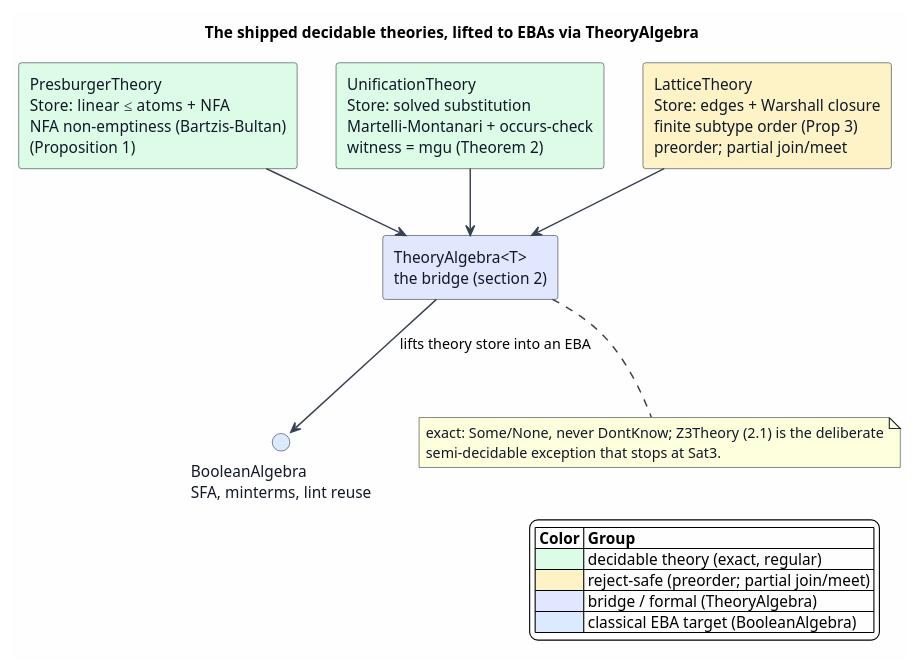
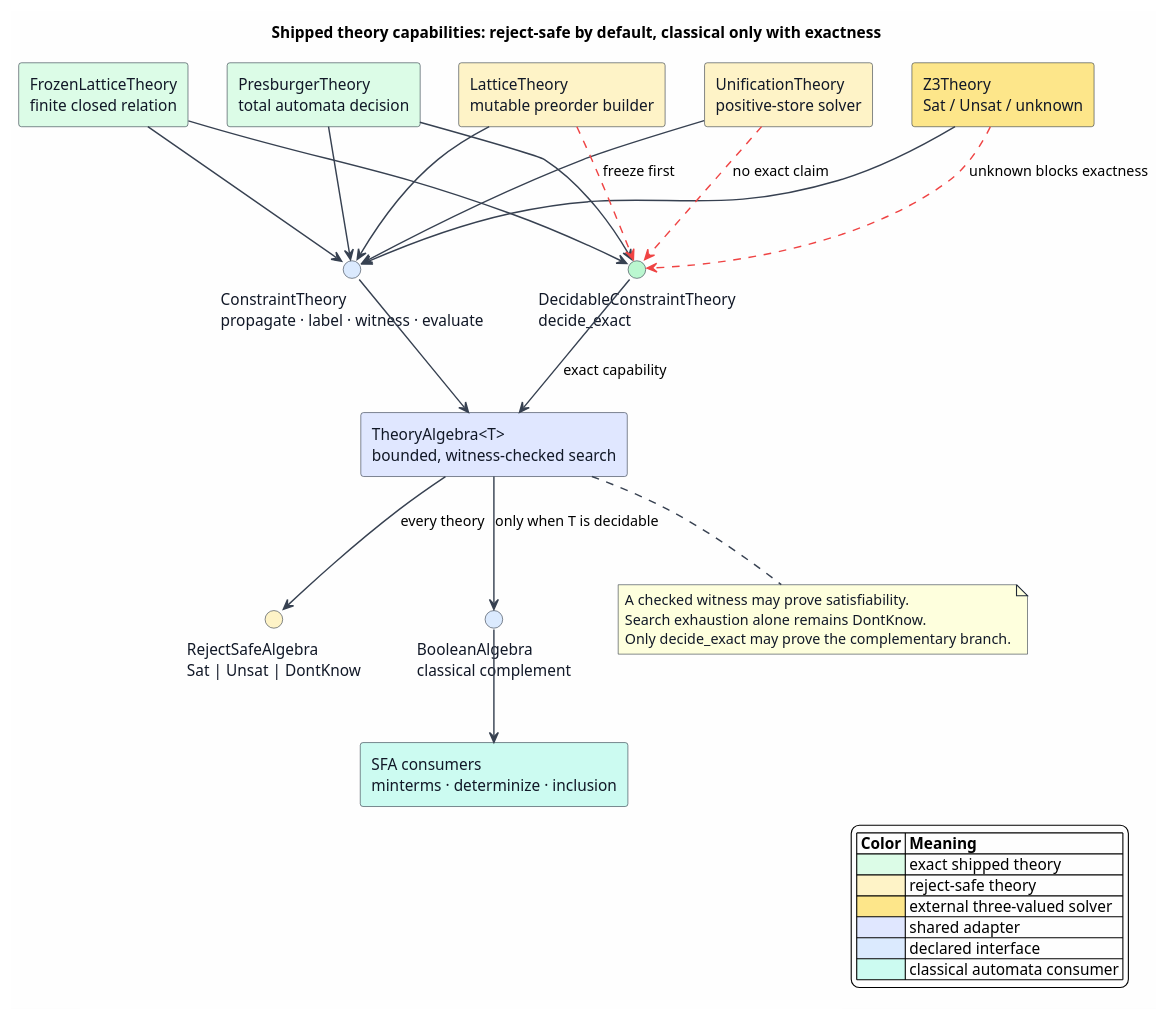
The diagram in docs/architecture/semantic-predicates/figures/13-theory-catalog.puml (F1R3FLY-io/mettail-rust), drawn with PlantUML before and after one commit. The commit also changed 43 other files, not shown here.

Commit message:
fix(prattail): gate classical constraint reasoning

```diff
--- a/docs/architecture/semantic-predicates/figures/13-theory-catalog.puml
+++ b/docs/architecture/semantic-predicates/figures/13-theory-catalog.puml
@@ -1,51 +1,69 @@
 @startuml
-title The shipped decidable theories, lifted to EBAs via TheoryAlgebra
+title Shipped theory capabilities: reject-safe by default, classical only with exactness
 
 skinparam backgroundColor #FEFEFE
 skinparam componentStyle rectangle
 skinparam shadowing false
 skinparam ArrowColor #374151
 skinparam ArrowThickness 1.3
 skinparam component {
   BorderColor #1F2937
   FontColor #111827
 }
 skinparam interface {
   BorderColor #1F2937
   FontColor #111827
 }
 skinparam note {
   BorderColor #1F2937
   FontColor #111827
 }
 
-' ── The three decidable ConstraintTheory implementations ────────────────
-component "PresburgerTheory\nStore: linear ≤ atoms + NFA\nNFA non-emptiness (Bartzis–Bultan)\n(Proposition 1)" as Presburger #DCFCE7
+component "PresburgerTheory\ntotal automata decision" as Presburger #DCFCE7
+component "FrozenLatticeTheory\nfinite closed relation" as Frozen #DCFCE7
+component "UnificationTheory\npositive-store solver" as Unification #FEF3C7
+component "LatticeTheory\nmutable preorder builder" as Lattice #FEF3C7
+component "Z3Theory\nSat / Unsat / unknown" as Z3 #FDE68A
 
-component "UnificationTheory\nStore: solved substitution\nMartelli–Montanari + occurs-check\nwitness = mgu (Theorem 2)" as Unification #DCFCE7
+interface "ConstraintTheory\npropagate · label · witness · evaluate" as CT #DBEAFE
+component "TheoryAlgebra<T>\nbounded, witness-checked search" as Bridge #E0E7FF
+interface "RejectSafeAlgebra\nSat | Unsat | DontKnow" as RSA #FEF3C7
 
-component "LatticeTheory\nStore: edges + Warshall closure\nfinite subtype order (Prop 3)\npreorder; partial join/meet" as Lattice #FEF3C7
+interface "DecidableConstraintTheory\ndecide_exact" as DCT #BBF7D0
+interface "BooleanAlgebra\nclassical complement" as BA #DBEAFE
+component "SFA consumers\nminterms · determinize · inclusion" as SFA #CCFBF1
 
-' ── The bridge and the EBA target ───────────────────────────────────────
-component "TheoryAlgebra<T>\nthe bridge (section 2)" as Bridge #E0E7FF
+Presburger --> CT
+Frozen --> CT
+Unification --> CT
+Lattice --> CT
+Z3 --> CT
+CT --> Bridge
+Bridge --> RSA : every theory
 
-interface "BooleanAlgebra\nSFA, minterms, lint reuse" as BA #DBEAFE
+Presburger --> DCT
+Frozen --> DCT
+DCT --> Bridge : exact capability
+Bridge --> BA : only when T is decidable
+BA --> SFA
 
-Presburger --> Bridge
-Unification --> Bridge
-Lattice --> Bridge
-Bridge --> BA : lifts theory store into an EBA
+Unification ..> DCT #EF4444 : no exact claim
+Lattice ..> DCT #EF4444 : freeze first
+Z3 ..> DCT #EF4444 : unknown blocks exactness
 
 note bottom of Bridge
-  exact: Some/None, never DontKnow; Z3Theory (2.1) is the deliberate
-  semi-decidable exception that stops at Sat3.
+  A checked witness may prove satisfiability.
+  Search exhaustion alone remains DontKnow.
+  Only decide_exact may prove the complementary branch.
 end note
 
 legend right
-|= Color |= Group |
-|<#DCFCE7> | decidable theory (exact, regular) |
-|<#FEF3C7> | reject-safe (preorder; partial join/meet) |
-|<#E0E7FF> | bridge / formal (TheoryAlgebra) |
-|<#DBEAFE> | classical EBA target (BooleanAlgebra) |
+|= Color |= Meaning |
+|<#DCFCE7> | exact shipped theory |
+|<#FEF3C7> | reject-safe theory |
+|<#FDE68A> | external three-valued solver |
+|<#E0E7FF> | shared adapter |
+|<#DBEAFE> | declared interface |
+|<#CCFBF1> | classical automata consumer |
 endlegend
 @enduml
```
